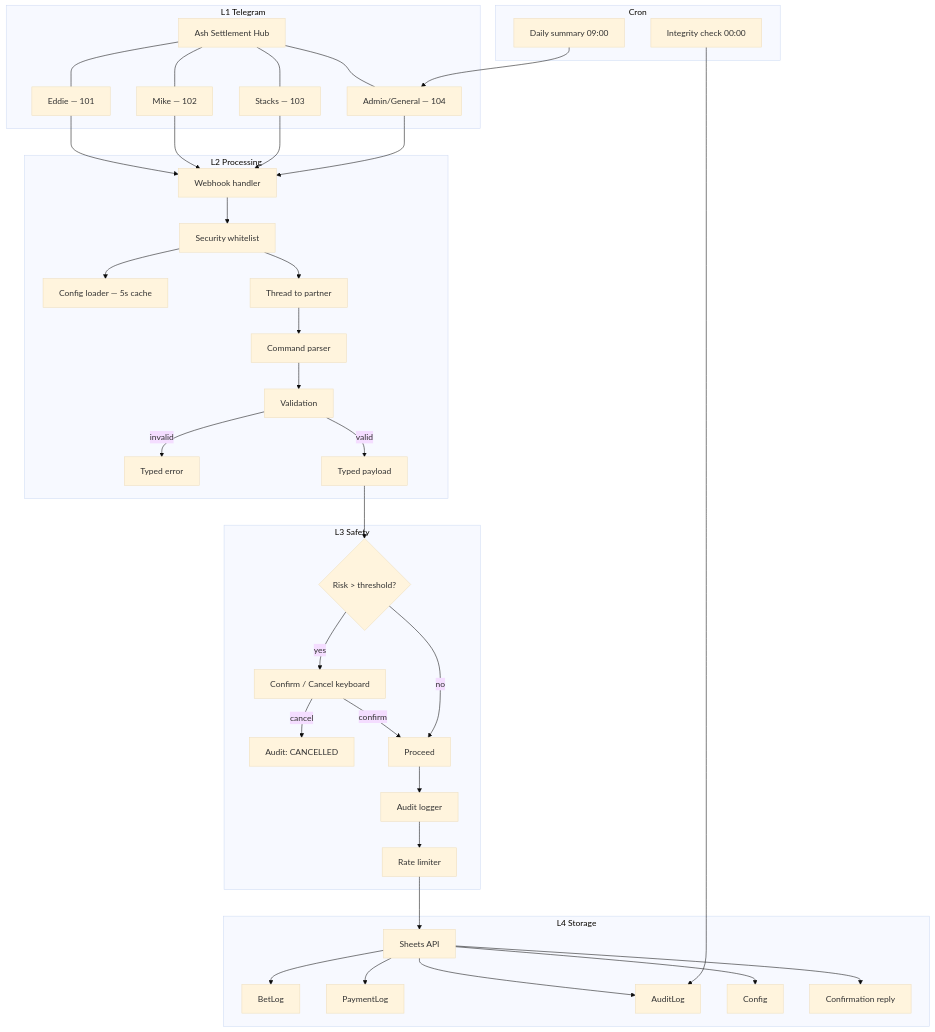
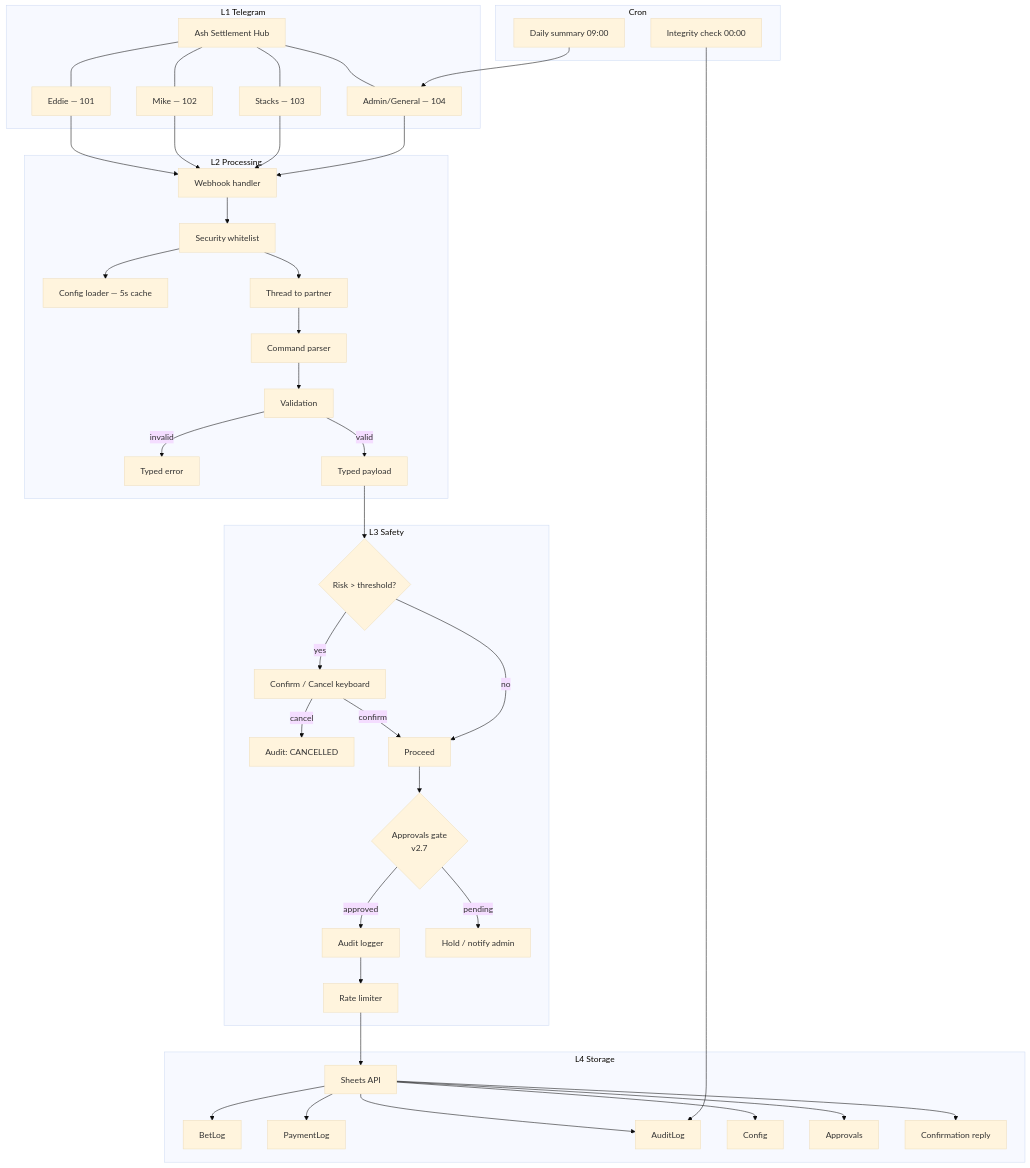
One commit to brendadeeznuts1111/bet-turnin-sheet changed the diagram in OUTLINE.md. Above: the diagram before and after it, drawn with Mermaid (base theme). The commit also changed other lines of this file and 6 other files, not shown here.

First line of the commit message:
docs: add approvals demo tab and align architecture diagrams

````diff
--- a/OUTLINE.md
+++ b/OUTLINE.md
@@ -58,50 +59,53 @@
 ```mermaid
 flowchart TD
     subgraph PLATFORM["L1 Telegram"]
         G["Ash Settlement Hub"]
         T1["Eddie — 101"]
         T2["Mike — 102"]
         T3["Stacks — 103"]
         T4["Admin/General — 104"]
         G --- T1 & T2 & T3 & T4
     end
 
     subgraph PROCESSING["L2 Processing"]
         BOT["Webhook handler"]
         T1 & T2 & T3 & T4 --> BOT
         SEC["Security whitelist"]
         CONF["Config loader — 5s cache"]
         MAP["Thread to partner"]
         PARSE["Command parser"]
         VALIDATE["Validation"]
         BOT --> SEC --> CONF
         SEC --> MAP --> PARSE --> VALIDATE
         VALIDATE -->|invalid| ERROR["Typed error"]
         VALIDATE -->|valid| PAYLOAD["Typed payload"]
     end
 
     subgraph SAFETY["L3 Safety"]
         PAYLOAD --> CHECK{"Risk > threshold?"}
         CHECK -->|yes| KB["Confirm / Cancel keyboard"]
         KB -->|cancel| ABORT["Audit: CANCELLED"]
         KB -->|confirm| GO["Proceed"]
         CHECK -->|no| GO
-        GO --> AUDIT["Audit logger"] --> RATE["Rate limiter"]
+        GO --> APPROVE{"Approvals gate<br>v2.7"}
+        APPROVE -->|approved| AUDIT["Audit logger"] --> RATE["Rate limiter"]
+        APPROVE -->|pending| WAIT["Hold / notify admin"]
     end
 
     subgraph STORAGE["L4 Storage"]
         RATE --> API["Sheets API"]
         API --> BL["BetLog"]
         API --> PL["PaymentLog"]
         API --> AL["AuditLog"]
         API --> CF["Config"]
+        API --> AP["Approvals"]
         API --> REPLY["Confirmation reply"]
     end
 
     subgraph CRON["Cron"]
         C1["Daily summary 09:00"]
         C2["Integrity check 00:00"]
         C1 --> T4
         C2 --> AL
     end
 ```
````
